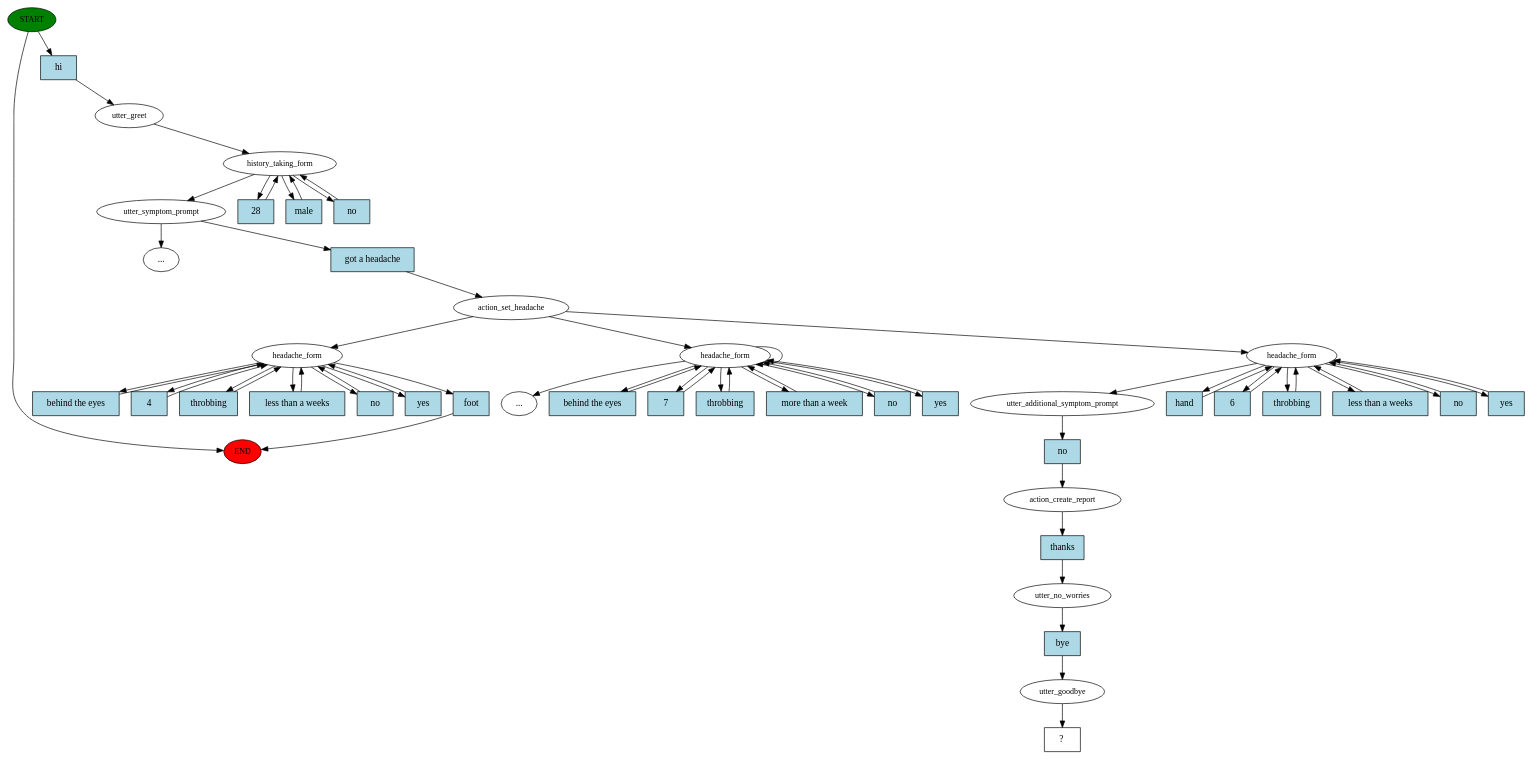
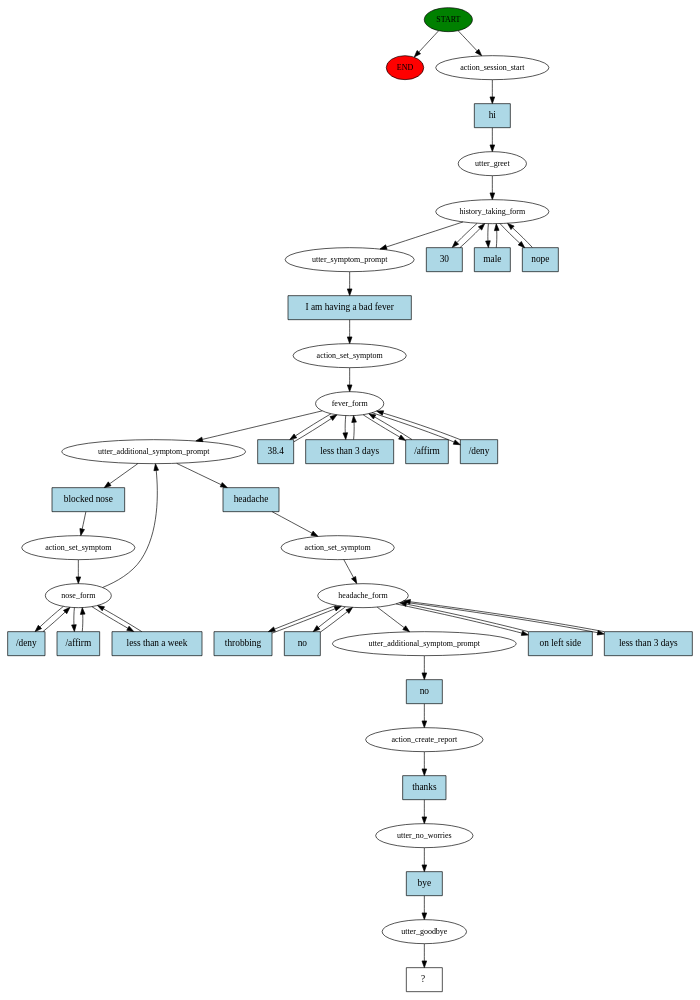
Before and after one commit to owen-yap/rasa-cyberlife: the diagram in story_graph.dot, drawn with Graphviz. The commit also changed 19 other files, not shown here.

Commit message:
changed the initial symptom logic so it sets slots based on intent

```diff
--- a/story_graph.dot
+++ b/story_graph.dot
@@ -1,110 +1,94 @@
 digraph  {
 0 [class="start active", fillcolor=green, fontsize=12, label=START, style=filled];
 "-1" [class=end, fillcolor=red, fontsize=12, label=END, style=filled];
-1 [class=active, fontsize=12, label=utter_greet];
-2 [class=active, fontsize=12, label=history_taking_form];
-3 [class=active, fontsize=12, label=utter_symptom_prompt];
-"-8" [class=ellipsis, label="..."];
-25 [class=active, fontsize=12, label=action_set_headache];
-26 [class="", fontsize=12, label=headache_form];
-43 [class="", fontsize=12, label=headache_form];
-"-9" [class=ellipsis, label="..."];
-75 [class=active, fontsize=12, label=headache_form];
-87 [class=active, fontsize=12, label=utter_additional_symptom_prompt];
-88 [class=active, fontsize=12, label=action_create_report];
-89 [class=active, fontsize=12, label=utter_no_worries];
-90 [class=active, fontsize=12, label=utter_goodbye];
-91 [class="intent dashed active", label="  ?  ", shape=rect];
-92 [class="intent active", fillcolor=lightblue, label=hi, shape=rect, style=filled];
-93 [class="intent active", fillcolor=lightblue, label=28, shape=rect, style=filled];
-94 [class="intent active", fillcolor=lightblue, label=male, shape=rect, style=filled];
-95 [class="intent active", fillcolor=lightblue, label=no, shape=rect, style=filled];
-96 [class="intent active", fillcolor=lightblue, label="got a headache", shape=rect, style=filled];
-97 [class=intent, fillcolor=lightblue, label="behind the eyes", shape=rect, style=filled];
-98 [class=intent, fillcolor=lightblue, label=4, shape=rect, style=filled];
-99 [class=intent, fillcolor=lightblue, label=throbbing, shape=rect, style=filled];
-100 [class=intent, fillcolor=lightblue, label="less than a weeks", shape=rect, style=filled];
-101 [class=intent, fillcolor=lightblue, label=no, shape=rect, style=filled];
-102 [class=intent, fillcolor=lightblue, label=yes, shape=rect, style=filled];
-103 [class=intent, fillcolor=lightblue, label=foot, shape=rect, style=filled];
-104 [class=intent, fillcolor=lightblue, label="behind the eyes", shape=rect, style=filled];
-105 [class=intent, fillcolor=lightblue, label=7, shape=rect, style=filled];
-106 [class=intent, fillcolor=lightblue, label=throbbing, shape=rect, style=filled];
-107 [class=intent, fillcolor=lightblue, label="more than a week", shape=rect, style=filled];
-108 [class=intent, fillcolor=lightblue, label=no, shape=rect, style=filled];
-109 [class=intent, fillcolor=lightblue, label=yes, shape=rect, style=filled];
-110 [class="intent active", fillcolor=lightblue, label=hand, shape=rect, style=filled];
-111 [class="intent active", fillcolor=lightblue, label=6, shape=rect, style=filled];
-112 [class="intent active", fillcolor=lightblue, label=throbbing, shape=rect, style=filled];
-113 [class="intent active", fillcolor=lightblue, label="less than a weeks", shape=rect, style=filled];
-114 [class="intent active", fillcolor=lightblue, label=no, shape=rect, style=filled];
-115 [class="intent active", fillcolor=lightblue, label=yes, shape=rect, style=filled];
-116 [class="intent active", fillcolor=lightblue, label=no, shape=rect, style=filled];
-117 [class="intent active", fillcolor=lightblue, label=thanks, shape=rect, style=filled];
-118 [class="intent active", fillcolor=lightblue, label=bye, shape=rect, style=filled];
+1 [class=active, fontsize=12, label=action_session_start];
+2 [class=active, fontsize=12, label=utter_greet];
+3 [class=active, fontsize=12, label=history_taking_form];
+7 [class=active, fontsize=12, label=utter_symptom_prompt];
+8 [class=active, fontsize=12, label=action_set_symptom];
+9 [class=active, fontsize=12, label=fever_form];
+16 [class=active, fontsize=12, label=utter_additional_symptom_prompt];
+17 [class=active, fontsize=12, label=action_set_symptom];
+18 [class=active, fontsize=12, label=nose_form];
+23 [class=active, fontsize=12, label=action_set_symptom];
+24 [class=active, fontsize=12, label=headache_form];
+34 [class=active, fontsize=12, label=utter_additional_symptom_prompt];
+35 [class=active, fontsize=12, label=action_create_report];
+36 [class=active, fontsize=12, label=utter_no_worries];
+37 [class=active, fontsize=12, label=utter_goodbye];
+38 [class="intent dashed active", label="  ?  ", shape=rect];
+39 [class="intent active", fillcolor=lightblue, label=hi, shape=rect, style=filled];
+40 [class="intent active", fillcolor=lightblue, label=30, shape=rect, style=filled];
+41 [class="intent active", fillcolor=lightblue, label=male, shape=rect, style=filled];
+42 [class="intent active", fillcolor=lightblue, label=nope, shape=rect, style=filled];
+43 [class="intent active", fillcolor=lightblue, label="I am having a bad fever", shape=rect, style=filled];
+44 [class="intent active", fillcolor=lightblue, label="38.4", shape=rect, style=filled];
+45 [class="intent active", fillcolor=lightblue, label="less than 3 days", shape=rect, style=filled];
+46 [class="intent active", fillcolor=lightblue, label="/affirm", shape=rect, style=filled];
+47 [class="intent active", fillcolor=lightblue, label="/deny", shape=rect, style=filled];
+48 [class="intent active", fillcolor=lightblue, label="blocked nose", shape=rect, style=filled];
+49 [class="intent active", fillcolor=lightblue, label=headache, shape=rect, style=filled];
+50 [class="intent active", fillcolor=lightblue, label="/affirm", shape=rect, style=filled];
+51 [class="intent active", fillcolor=lightblue, label="less than a week", shape=rect, style=filled];
+52 [class="intent active", fillcolor=lightblue, label="/deny", shape=rect, style=filled];
+53 [class="intent active", fillcolor=lightblue, label="on left side", shape=rect, style=filled];
+54 [class="intent active", fillcolor=lightblue, label="less than 3 days", shape=rect, style=filled];
+55 [class="intent active", fillcolor=lightblue, label=throbbing, shape=rect, style=filled];
+56 [class="intent active", fillcolor=lightblue, label=no, shape=rect, style=filled];
+57 [class="intent active", fillcolor=lightblue, label=no, shape=rect, style=filled];
+58 [class="intent active", fillcolor=lightblue, label=thanks, shape=rect, style=filled];
+59 [class="intent active", fillcolor=lightblue, label=bye, shape=rect, style=filled];
 0 -> "-1"  [class="", key=NONE, label=""];
-0 -> 92  [class=active, key=0];
-1 -> 2  [class=active, key=NONE, label=""];
+0 -> 1  [class=active, key=NONE, label=""];
+1 -> 39  [class=active, key=0];
 2 -> 3  [class=active, key=NONE, label=""];
-2 -> 93  [class=active, key=0];
-2 -> 94  [class=active, key=0];
-2 -> 95  [class=active, key=0];
-3 -> "-8"  [class="", key=NONE, label=""];
-3 -> 96  [class=active, key=0];
-25 -> 26  [class="", key=NONE, label=""];
-25 -> 43  [class="", key=NONE, label=""];
-25 -> 75  [class=active, key=NONE, label=""];
-26 -> 97  [class="", key=0];
-26 -> 98  [class="", key=0];
-26 -> 99  [class="", key=0];
-26 -> 100  [class="", key=0];
-26 -> 101  [class="", key=0];
-26 -> 102  [class="", key=0];
-26 -> 103  [class="", key=0];
-43 -> 43  [class="", key=NONE, label=""];
-43 -> "-9"  [class="", key=NONE, label=""];
-43 -> 104  [class="", key=0];
-43 -> 105  [class="", key=0];
-43 -> 106  [class="", key=0];
-43 -> 107  [class="", key=0];
-43 -> 108  [class="", key=0];
-43 -> 109  [class="", key=0];
-75 -> 87  [class=active, key=NONE, label=""];
-75 -> 110  [class=active, key=0];
-75 -> 111  [class=active, key=0];
-75 -> 112  [class=active, key=0];
-75 -> 113  [class=active, key=0];
-75 -> 114  [class=active, key=0];
-75 -> 115  [class=active, key=0];
-87 -> 116  [class=active, key=0];
-88 -> 117  [class=active, key=0];
-89 -> 118  [class=active, key=0];
-90 -> 91  [class=active, key=NONE, label=""];
-92 -> 1  [class=active, key=0];
-93 -> 2  [class=active, key=0];
-94 -> 2  [class=active, key=0];
-95 -> 2  [class=active, key=0];
-96 -> 25  [class=active, key=0];
-97 -> 26  [class="", key=0];
-98 -> 26  [class="", key=0];
-99 -> 26  [class="", key=0];
-100 -> 26  [class="", key=0];
-101 -> 26  [class="", key=0];
-102 -> 26  [class="", key=0];
-103 -> "-1"  [class="", key=0];
-104 -> 43  [class="", key=0];
-105 -> 43  [class="", key=0];
-106 -> 43  [class="", key=0];
-107 -> 43  [class="", key=0];
-108 -> 43  [class="", key=0];
-109 -> 43  [class="", key=0];
-110 -> 75  [class=active, key=0];
-111 -> 75  [class=active, key=0];
-112 -> 75  [class=active, key=0];
-113 -> 75  [class=active, key=0];
-114 -> 75  [class=active, key=0];
-115 -> 75  [class=active, key=0];
-116 -> 88  [class=active, key=0];
-117 -> 89  [class=active, key=0];
-118 -> 90  [class=active, key=0];
+3 -> 7  [class=active, key=NONE, label=""];
+3 -> 40  [class=active, key=0];
+3 -> 41  [class=active, key=0];
+3 -> 42  [class=active, key=0];
+7 -> 43  [class=active, key=0];
+8 -> 9  [class=active, key=NONE, label=""];
+9 -> 16  [class=active, key=NONE, label=""];
+9 -> 44  [class=active, key=0];
+9 -> 45  [class=active, key=0];
+9 -> 46  [class=active, key=0];
+9 -> 47  [class=active, key=0];
+16 -> 48  [class=active, key=0];
+16 -> 49  [class=active, key=0];
+17 -> 18  [class=active, key=NONE, label=""];
+18 -> 16  [class=active, key=NONE, label=""];
+18 -> 50  [class=active, key=0];
+18 -> 51  [class=active, key=0];
+18 -> 52  [class=active, key=0];
+23 -> 24  [class=active, key=NONE, label=""];
+24 -> 34  [class=active, key=NONE, label=""];
+24 -> 53  [class=active, key=0];
+24 -> 54  [class=active, key=0];
+24 -> 55  [class=active, key=0];
+24 -> 56  [class=active, key=0];
+34 -> 57  [class=active, key=0];
+35 -> 58  [class=active, key=0];
+36 -> 59  [class=active, key=0];
+37 -> 38  [class=active, key=NONE, label=""];
+39 -> 2  [class=active, key=0];
+40 -> 3  [class=active, key=0];
+41 -> 3  [class=active, key=0];
+42 -> 3  [class=active, key=0];
+43 -> 8  [class=active, key=0];
+44 -> 9  [class=active, key=0];
+45 -> 9  [class=active, key=0];
+46 -> 9  [class=active, key=0];
+47 -> 9  [class=active, key=0];
+48 -> 17  [class=active, key=0];
+49 -> 23  [class=active, key=0];
+50 -> 18  [class=active, key=0];
+51 -> 18  [class=active, key=0];
+52 -> 18  [class=active, key=0];
+53 -> 24  [class=active, key=0];
+54 -> 24  [class=active, key=0];
+55 -> 24  [class=active, key=0];
+56 -> 24  [class=active, key=0];
+57 -> 35  [class=active, key=0];
+58 -> 36  [class=active, key=0];
+59 -> 37  [class=active, key=0];
 }
```
